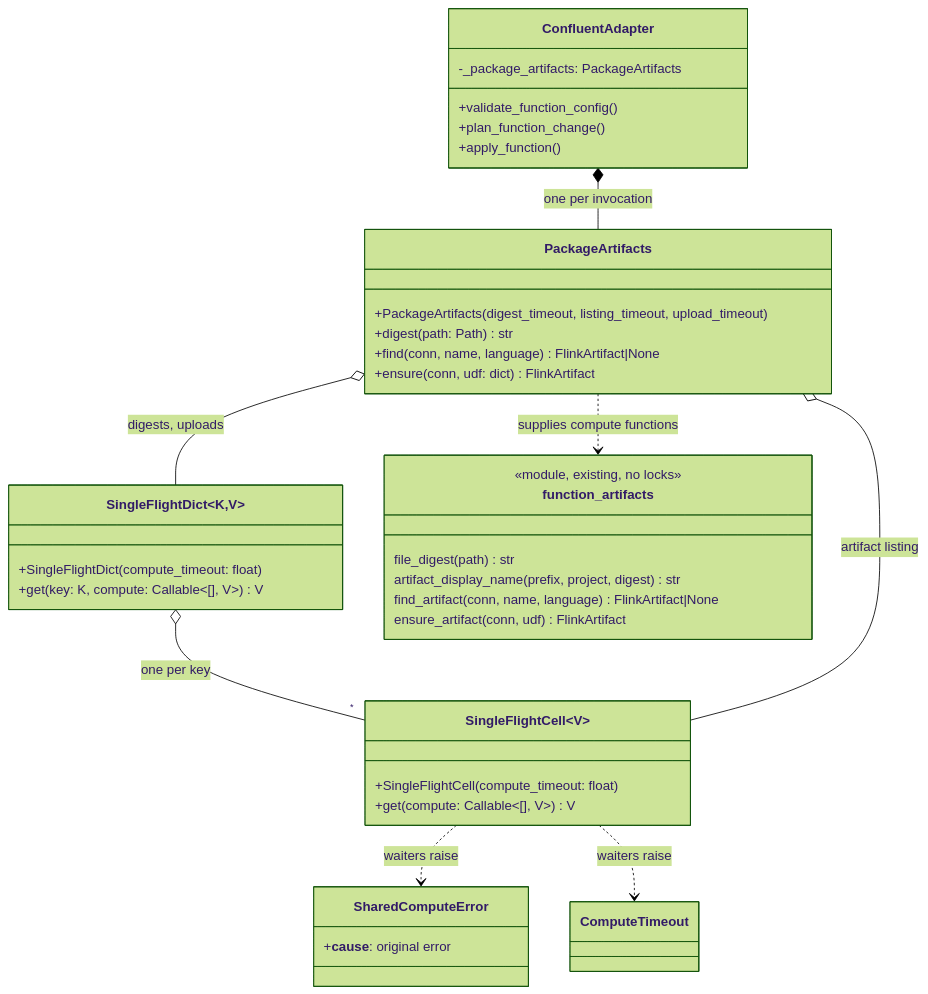
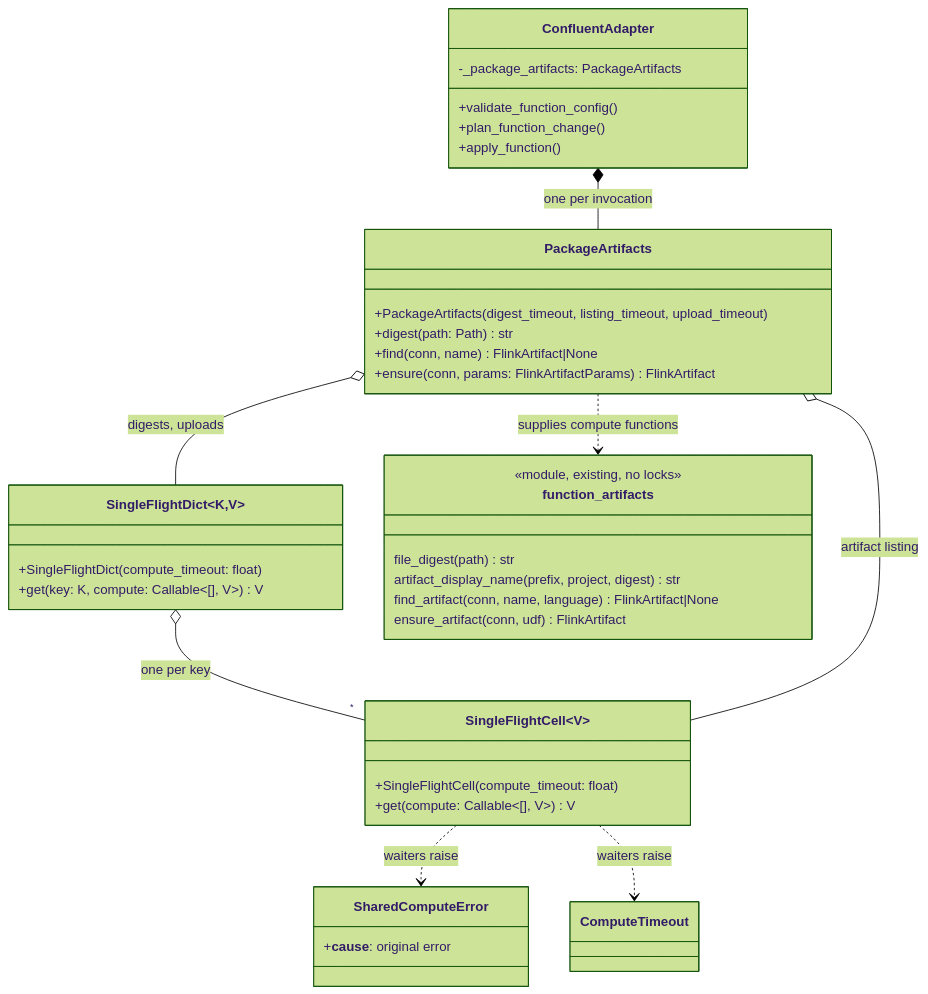
Before and after one commit to confluentinc/dbt-confluent: the first of 5 diagrams in design/multi-function-artifacts.md, drawn with Mermaid (forest theme). The commit also changed other lines of this file and 9 other files, not shown here.

````diff
--- a/design/multi-function-artifacts.md
+++ b/design/multi-function-artifacts.md
@@ -84,42 +84,42 @@
 ```mermaid
 classDiagram
     class SingleFlightCell~V~ {
         +SingleFlightCell(compute_timeout: float)
         +get(compute: Callable~[], V~) V
     }
     class SingleFlightDict~K,V~ {
         +SingleFlightDict(compute_timeout: float)
         +get(key: K, compute: Callable~[], V~) V
     }
     class SharedComputeError {
         +__cause__: original error
     }
     class ComputeTimeout
     class PackageArtifacts {
         +PackageArtifacts(digest_timeout, listing_timeout, upload_timeout)
         +digest(path: Path) str
-        +find(conn, name, language) FlinkArtifact|None
-        +ensure(conn, udf: dict) FlinkArtifact
+        +find(conn, name) FlinkArtifact|None
+        +ensure(conn, params: FlinkArtifactParams) FlinkArtifact
     }
     class function_artifacts {
         <<module, existing, no locks>>
         file_digest(path) str
         artifact_display_name(prefix, project, digest) str
         find_artifact(conn, name, language) FlinkArtifact|None
         ensure_artifact(conn, udf) FlinkArtifact
     }
     class ConfluentAdapter {
         -_package_artifacts: PackageArtifacts
         +validate_function_config()
         +plan_function_change()
         +apply_function()
     }
 
     SingleFlightDict o-- "*" SingleFlightCell : one per key
     SingleFlightCell ..> SharedComputeError : waiters raise
     SingleFlightCell ..> ComputeTimeout : waiters raise
     PackageArtifacts o-- SingleFlightDict : digests, uploads
     PackageArtifacts o-- SingleFlightCell : artifact listing
     PackageArtifacts ..> function_artifacts : supplies compute functions
     ConfluentAdapter *-- PackageArtifacts : one per invocation
 ```
````
